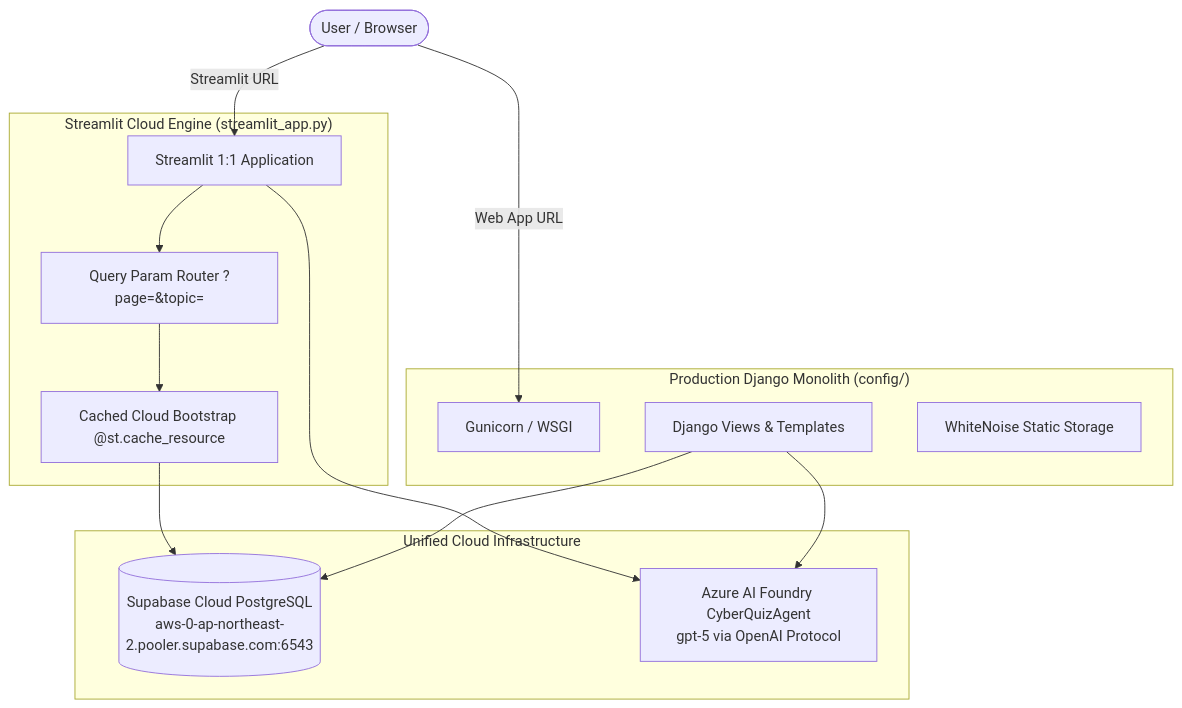
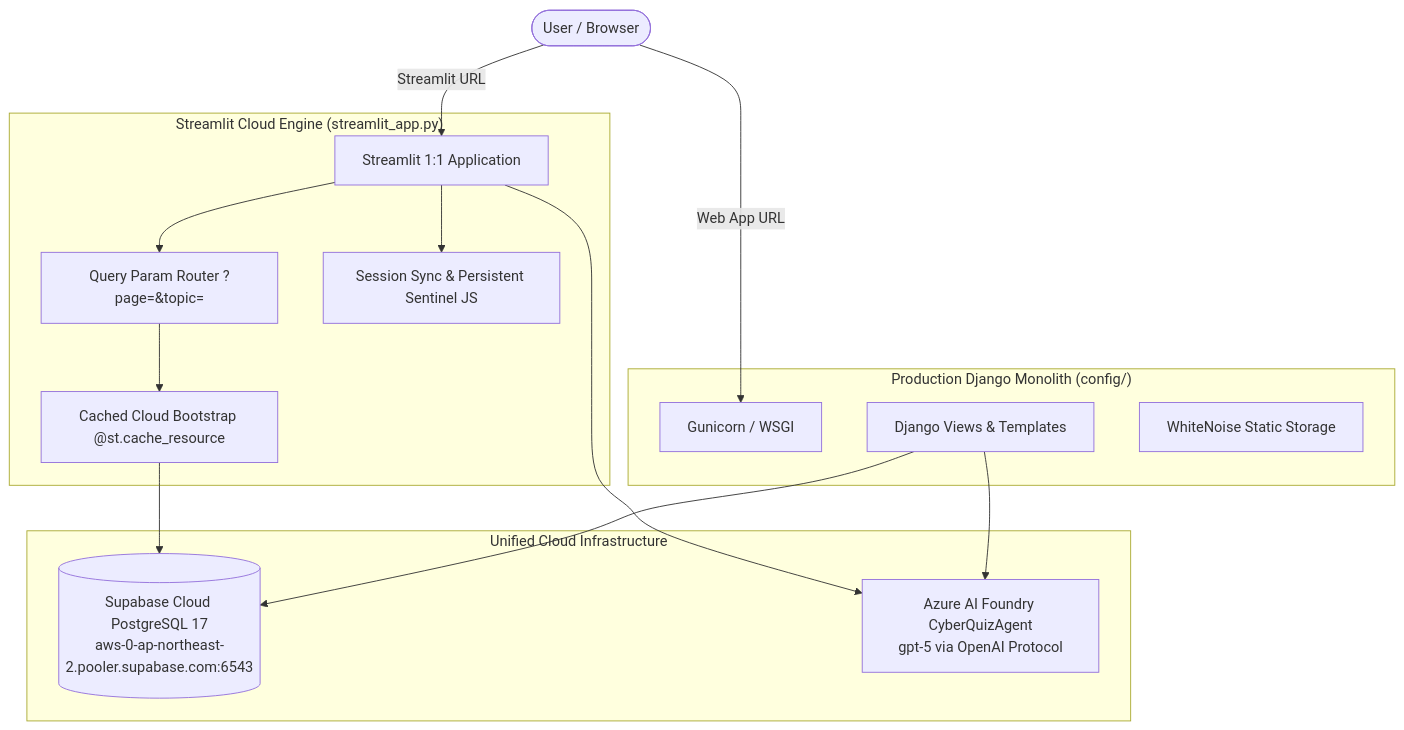
One commit to SidhuSamar-lab/CyberSimulator changed the first of 2 diagrams in handoff.md. Above: the diagram before and after it, drawn with Mermaid. The commit also changed other lines of this file and 1 other file, not shown here.

Commit message:
docs: update handeoff.md and handoff.md with comprehensive platform knowledge and session lifecycle context

````diff
--- a/handoff.md
+++ b/handoff.md
@@ -41,28 +43,30 @@
 ```mermaid
 graph TD
     User([User / Browser])
     
     subgraph Streamlit_Cloud["Streamlit Cloud Engine (streamlit_app.py)"]
         StreamlitApp[Streamlit 1:1 Application]
         StRouting[Query Param Router ?page=&topic=]
+        StSync[Session Sync & Persistent Sentinel JS]
         StCache[Cached Cloud Bootstrap @st.cache_resource]
     end
 
     subgraph Django_Monolith["Production Django Monolith (config/)"]
         Gunicorn[Gunicorn / WSGI]
         DjangoViews[Django Views & Templates]
         WhiteNoise[WhiteNoise Static Storage]
     end
 
     subgraph Cloud_Services["Unified Cloud Infrastructure"]
-        Supabase[(Supabase Cloud PostgreSQL\naws-0-ap-northeast-2.pooler.supabase.com:6543)]
+        Supabase[(Supabase Cloud PostgreSQL 17\naws-0-ap-northeast-2.pooler.supabase.com:6543)]
         AzureAI[Azure AI Foundry CyberQuizAgent\ngpt-5 via OpenAI Protocol]
     end
 
     User -->|Streamlit URL| StreamlitApp
     User -->|Web App URL| Gunicorn
     StreamlitApp --> StRouting --> StCache --> Supabase
+    StreamlitApp --> StSync
     DjangoViews --> Supabase
     StreamlitApp --> AzureAI
     DjangoViews --> AzureAI
 ```
````
